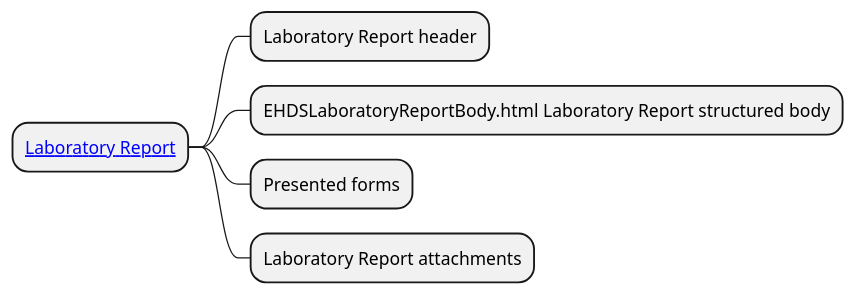
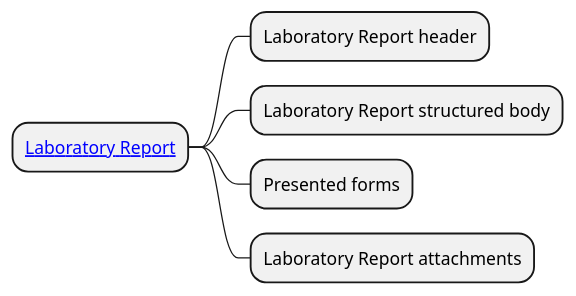
One commit to Xt-EHR/xt-ehr-common changed the diagram in input/images-source/labReport_CIM.plantuml. Above: the diagram before and after it, drawn with PlantUML.

```diff
--- a/input/images-source/labReport_CIM.plantuml
+++ b/input/images-source/labReport_CIM.plantuml
@@ -1,8 +1,8 @@
 @startmindmap
 skinparam topurl StructureDefinition-
 * [[EHDSLaboratoryReport.html Laboratory Report]]
 ** Laboratory Report header
-** EHDSLaboratoryReportBody.html Laboratory Report structured body
+** Laboratory Report structured body
 ** Presented forms
 ** Laboratory Report attachments
 @endmindmap
```
